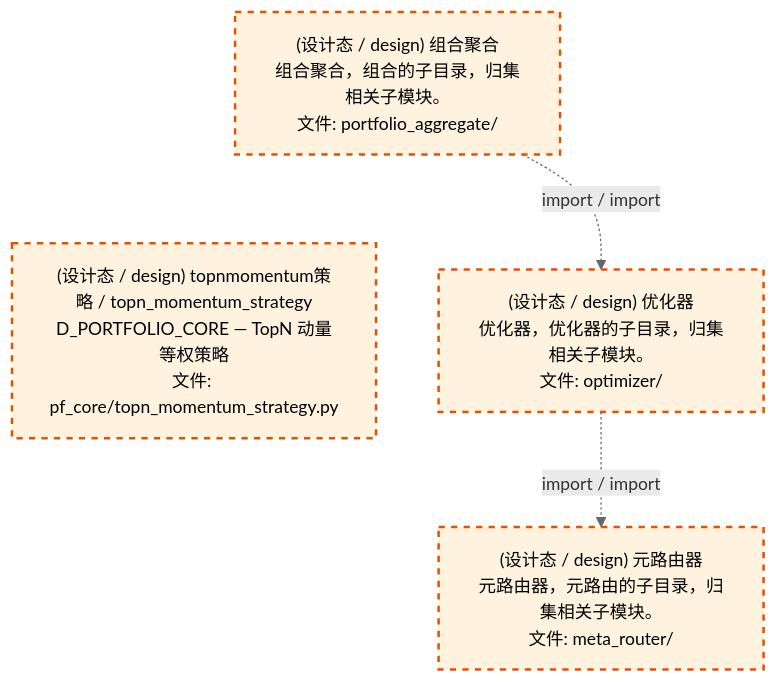
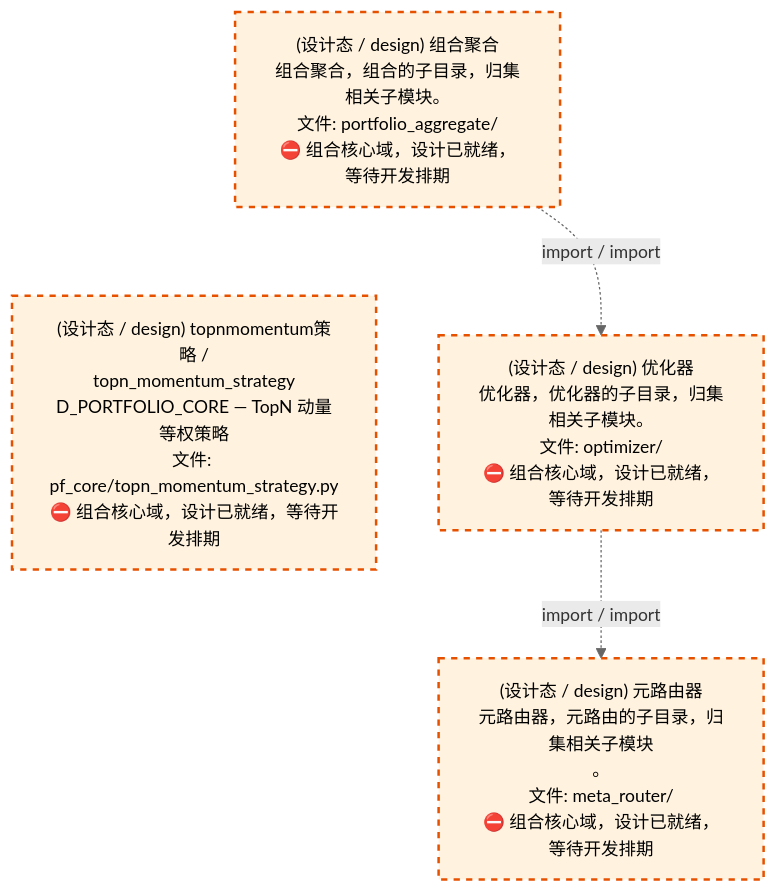
One commit to xuanFelixVan/ZephyrAlpha changed the third of 4 diagrams in docs/02_enterprise_architecture/02_domain_architecture_docs/63_d_pf_core.md. Above: the diagram before and after it, drawn with Mermaid. The commit also changed other lines of this file and 59 other files, not shown here.

````diff
--- a/docs/02_enterprise_architecture/02_domain_architecture_docs/63_d_pf_core.md
+++ b/docs/02_enterprise_architecture/02_domain_architecture_docs/63_d_pf_core.md
@@ -176,16 +176,16 @@
 ```mermaid
 %%{init: {'theme': 'base', 'themeVariables': {'primaryColor': '#eaeaea', 'primaryTextColor': '#333333', 'primaryBorderColor': '#666666', 'lineColor': '#666666', 'secondaryColor': '#eaeaea', 'tertiaryColor': '#eaeaea', 'fontSize': '14px'}}}%%
 flowchart TD
-    src_zephyr_pf_core_portfolio_aggregate["(设计态 / design) 组合聚合<br/>组合聚合，组合的子目录，归集相关子模块。<br/>文件: portfolio_aggregate/"]
-    src_zephyr_pf_core_topn_momentum_strategy_py["(设计态 / design) topnmomentum策略 / topn_momentum_strategy<br/>D_PORTFOLIO_CORE — TopN 动量等权策略<br/>文件: pf_core/topn_momentum_strategy.py"]
+    src_zephyr_pf_core_portfolio_aggregate["(设计态 / design) 组合聚合<br/>组合聚合，组合的子目录，归集相关子模块。<br/>文件: portfolio_aggregate/<br/>⛔ 组合核心域，设计已就绪，等待开发排期"]
+    src_zephyr_pf_core_topn_momentum_strategy_py["(设计态 / design) topnmomentum策略 /<br/>topn_momentum_strategy<br/>D_PORTFOLIO_CORE — TopN 动量等权策略<br/>文件: pf_core/topn_momentum_strategy.py<br/>⛔ 组合核心域，设计已就绪，等待开发排期"]
     src_zephyr_pf_core_portfolio_aggregate ~~~ src_zephyr_pf_core_topn_momentum_strategy_py
-    src_zephyr_pf_core_optimizer["(设计态 / design) 优化器<br/>优化器，优化器的子目录，归集相关子模块。<br/>文件: optimizer/"]
-    src_zephyr_pf_core_meta_router["(设计态 / design) 元路由器<br/>元路由器，元路由的子目录，归集相关子模块。<br/>文件: meta_router/"]
+    src_zephyr_pf_core_optimizer["(设计态 / design) 优化器<br/>优化器，优化器的子目录，归集相关子模块。<br/>文件: optimizer/<br/>⛔ 组合核心域，设计已就绪，等待开发排期"]
+    src_zephyr_pf_core_meta_router["(设计态 / design) 元路由器<br/>元路由器，元路由的子目录，归集相关子模块<br/>。<br/>文件: meta_router/<br/>⛔ 组合核心域，设计已就绪，等待开发排期"]
     src_zephyr_pf_core_optimizer -.->|import / import| src_zephyr_pf_core_meta_router
     src_zephyr_pf_core_portfolio_aggregate -.->|import / import| src_zephyr_pf_core_optimizer
     classDef production fill:#e1f5fe,stroke:#01579b,stroke-width:2px,color:#000
     classDef design fill:#fff3e0,stroke:#e65100,stroke-width:2px,color:#000,stroke-dasharray: 5 5
     classDef external_prod fill:#e8f4fd,stroke:#0277bd,stroke-width:1px,color:#000
     classDef external_design fill:#fff8e7,stroke:#ef6c00,stroke-width:1px,color:#000,stroke-dasharray: 5 5
     class src_zephyr_pf_core_meta_router,src_zephyr_pf_core_optimizer,src_zephyr_pf_core_portfolio_aggregate,src_zephyr_pf_core_topn_momentum_strategy_py design
 ```
````
